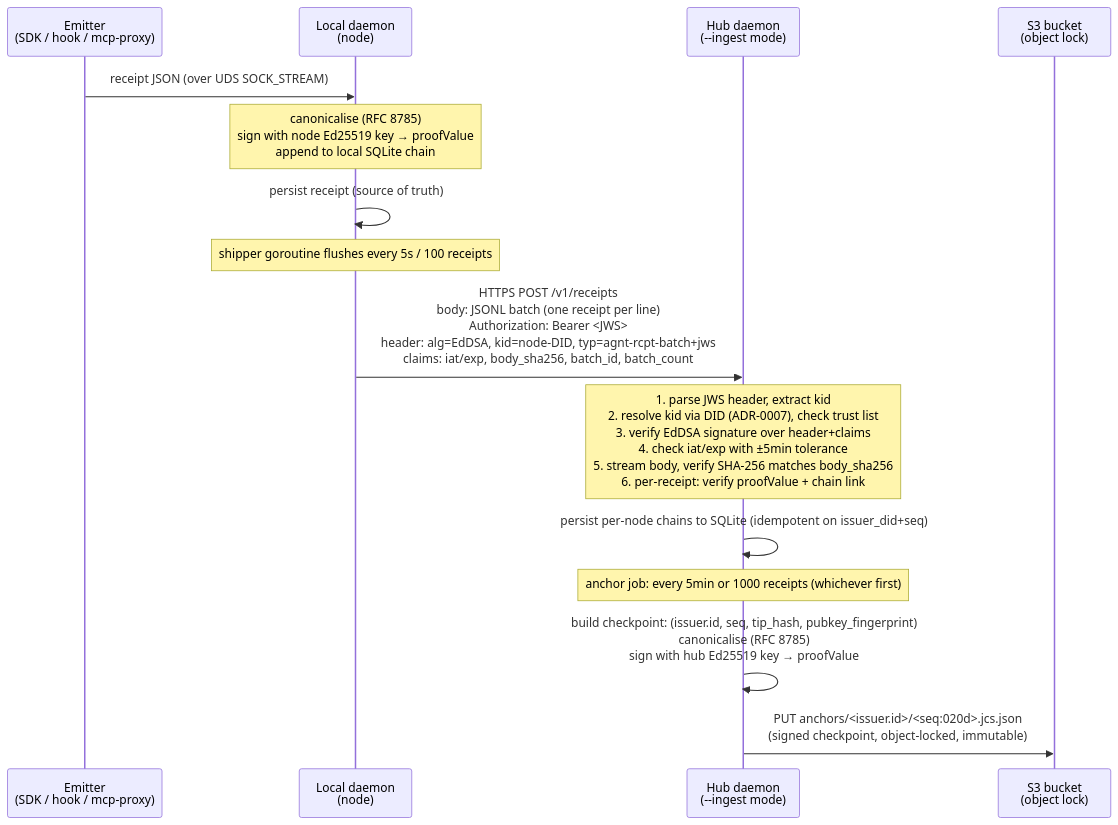
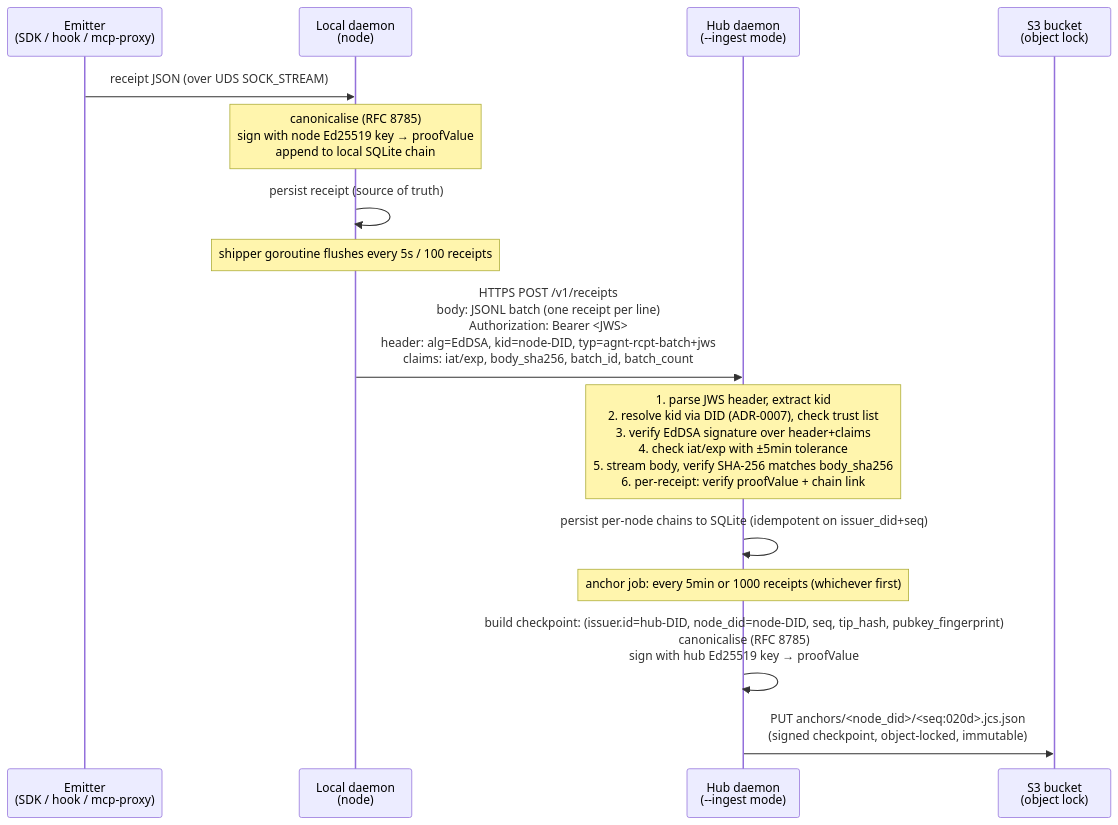
One commit to agent-receipts/ar changed the first of 3 diagrams in docs/adr/0017-central-receipt-hub.md. Above: the diagram before and after it, drawn with Mermaid. The commit also changed other lines of this file and 1 other file, not shown here.

First line of the commit message:
docs(adr-0017): adopt option (b) — hub DID as issuer.id, node_did as explicit field

````diff
--- a/docs/adr/0017-central-receipt-hub.md
+++ b/docs/adr/0017-central-receipt-hub.md
@@ -252,21 +252,21 @@
 ```mermaid
 sequenceDiagram
     participant E as Emitter<br/>(SDK / hook / mcp-proxy)
     participant D as Local daemon<br/>(node)
     participant H as Hub daemon<br/>(--ingest mode)
     participant S3 as S3 bucket<br/>(object lock)
 
     E->>D: receipt JSON (over UDS SOCK_STREAM)
     Note over D: canonicalise (RFC 8785)<br/>sign with node Ed25519 key → proofValue<br/>append to local SQLite chain
     D->>D: persist receipt (source of truth)
 
     Note over D: shipper goroutine flushes every 5s / 100 receipts
     D->>H: HTTPS POST /v1/receipts<br/>body: JSONL batch (one receipt per line)<br/>Authorization: Bearer <JWS><br/>  header: alg=EdDSA, kid=node-DID, typ=agnt-rcpt-batch+jws<br/>  claims: iat/exp, body_sha256, batch_id, batch_count
 
     Note over H: 1. parse JWS header, extract kid<br/>2. resolve kid via DID (ADR-0007), check trust list<br/>3. verify EdDSA signature over header+claims<br/>4. check iat/exp with ±5min tolerance<br/>5. stream body, verify SHA-256 matches body_sha256<br/>6. per-receipt: verify proofValue + chain link
     H->>H: persist per-node chains to SQLite (idempotent on issuer_did+seq)
 
     Note over H: anchor job: every 5min or 1000 receipts (whichever first)
-    H->>H: build checkpoint: (issuer.id, seq, tip_hash, pubkey_fingerprint)<br/>canonicalise (RFC 8785)<br/>sign with hub Ed25519 key → proofValue
-    H->>S3: PUT anchors/<issuer.id>/<seq:020d>.jcs.json<br/>(signed checkpoint, object-locked, immutable)
+    H->>H: build checkpoint: (issuer.id=hub-DID, node_did=node-DID, seq, tip_hash, pubkey_fingerprint)<br/>canonicalise (RFC 8785)<br/>sign with hub Ed25519 key → proofValue
+    H->>S3: PUT anchors/<node_did>/<seq:020d>.jcs.json<br/>(signed checkpoint, object-locked, immutable)
 ```
````
